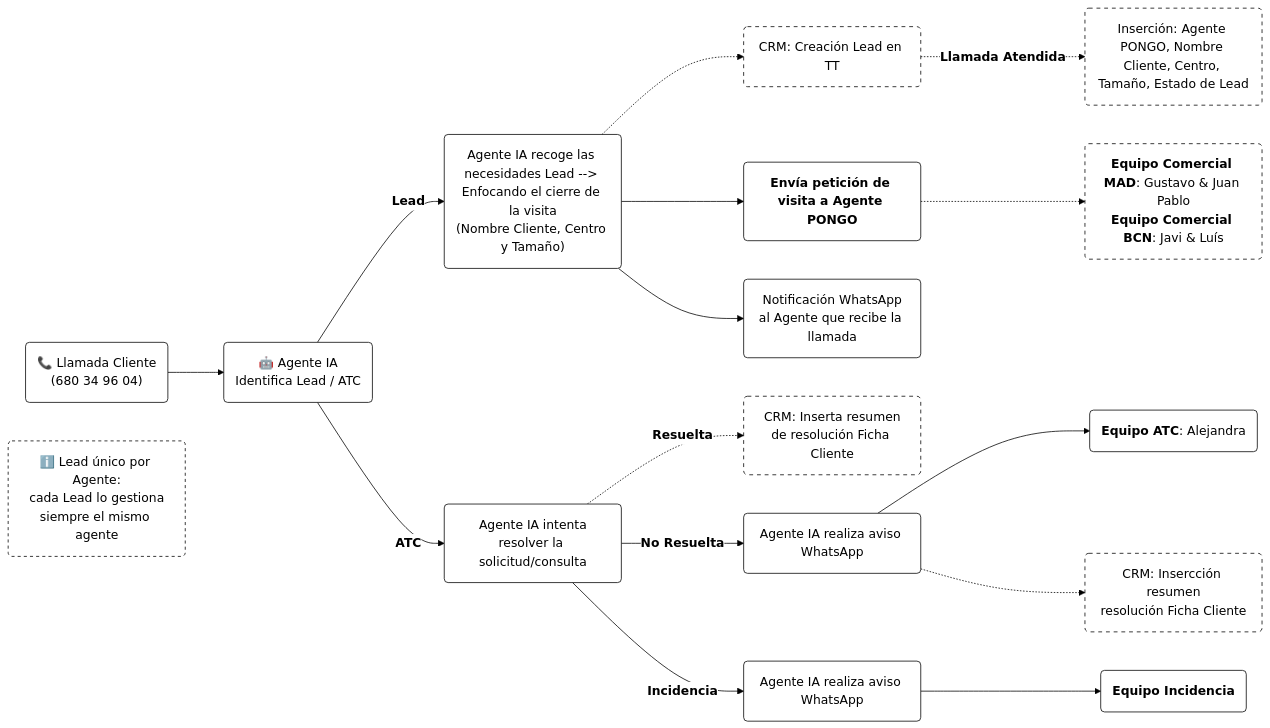
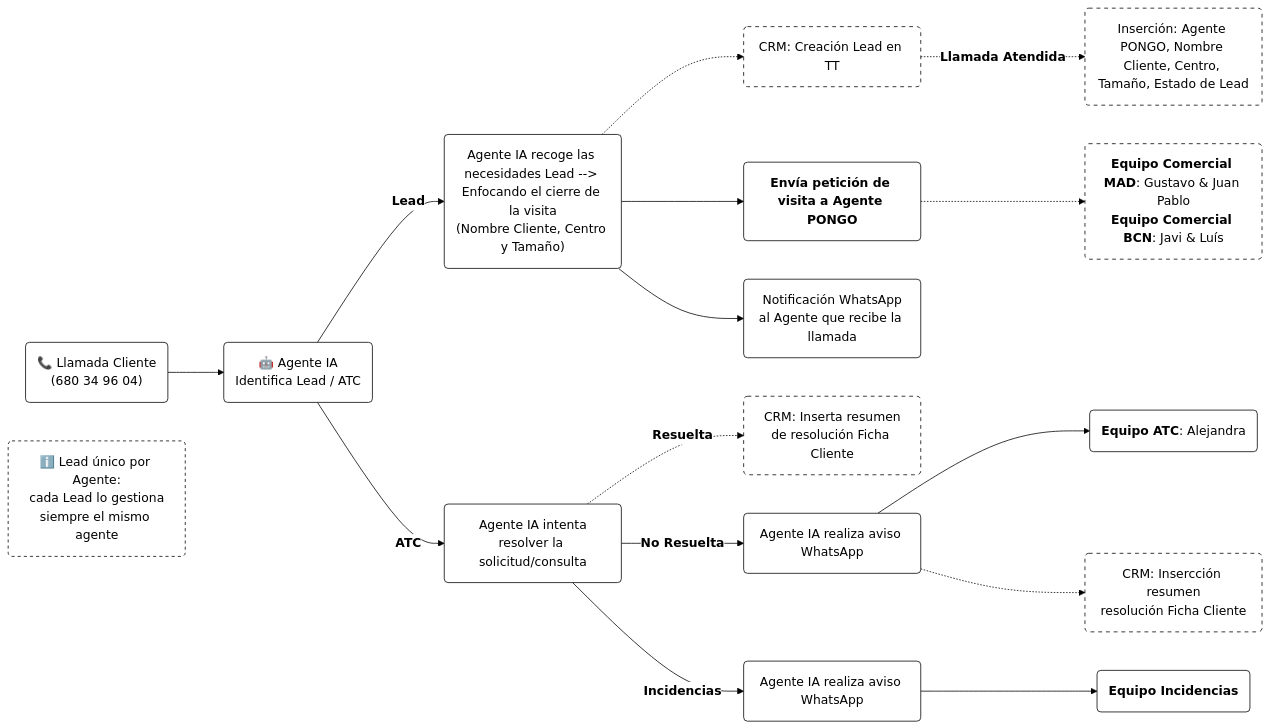
Before and after one commit to Fblanchete/Agente-IA: the diagram in flujo_en_horario (1).md, drawn with Mermaid.

Commit message:
Correct typo in 'Incidencia' to 'Incidencias'

````diff
--- a/flujo_en_horario (1).md
+++ b/flujo_en_horario (1).md
@@ -3,35 +3,35 @@
 ```mermaid
 %%{init: {'theme': 'base', 'themeVariables': { 'fontFamily': 'Arial', 'background': '#FFFFFF', 'primaryColor': '#FFFFFF', 'primaryBorderColor': '#000000', 'primaryTextColor': '#000000', 'lineColor': '#000000', 'secondaryColor': '#FFFFFF', 'tertiaryColor': '#FFFFFF'}}}%%
 flowchart LR
     A1("📞 Llamada Cliente<br/>(680 34 96 04)") --> A2("🤖 Agente IA<br/>Identifica Lead / ATC")
 
     A2 -->|"`**Lead**`"| L2("Agente IA recoge las necesidades Lead --> Enfocando el cierre de la visita<br/>(Nombre Cliente, Centro y Tamaño)")
     L2 -.-> CRM1("CRM: Creación Lead en TT")
     L2 --> L4("`**Envía petición de visita a Agente PONGO**`")
     L2 --> L5("Notificación WhatsApp<br/>al Agente que recibe la llamada")
     L4 -.-> L6("`**Equipo Comercial MAD**: Gustavo & Juan Pablo<br/>**Equipo Comercial BCN**: Javi & Luís`")
     CRM1 -.-> |"`**Llamada Atendida**`"| LA("Inserción: Agente PONGO, Nombre Cliente, Centro, Tamaño, Estado de Lead")
 
     A2 -->|"`**ATC**`"| T1("Agente IA intenta<br/>resolver la solicitud/consulta")
     T1 -.->|"`**Resuelta**`"| CRM2("CRM: Inserta resumen<br/>de resolución Ficha Cliente")
     T1 -->|"`**No Resuelta**`"| T2("Agente IA realiza aviso WhatsApp")
-    T1 -->|"`**Incidencia**`"| T4("Agente IA realiza aviso WhatsApp")
+    T1 -->|"`**Incidencias**`"| T4("Agente IA realiza aviso WhatsApp")
     T2 --> T3("`**Equipo ATC**: Alejandra`")
     T2 -.-> CRM3("CRM: Insercción resumen<br/>resolución Ficha Cliente")
-    T4 --> T5("`**Equipo Incidencia**`")
+    T4 --> T5("`**Equipo Incidencias**`")
   
 
     N0("ℹ️ Lead único por Agente:<br/>cada Lead lo gestiona<br/>siempre el mismo agente")
 
 
     classDef todos fill:#FFFFFF,stroke:#000000,color:#000000
     classDef nota fill:#FFFFFF,stroke:#000000,color:#000000,stroke-dasharray: 4 4
     classDef comment fill:#FFFFFF,stroke:#FF2C2C,color:#000000,stroke-dasharray: 5 5
     classDef CRM fill:#FFFFFF,stroke:#000000,color:#000000,stroke-dasharray: 5 5
     class A1,A2,L2,L4,L5,T1,T2,T3,T4 todos
     class N0 nota
     class L3 comment
     class CRM1,LA,LNA,CRM3,CRM2,L6 CRM
    
 
 ```
````
